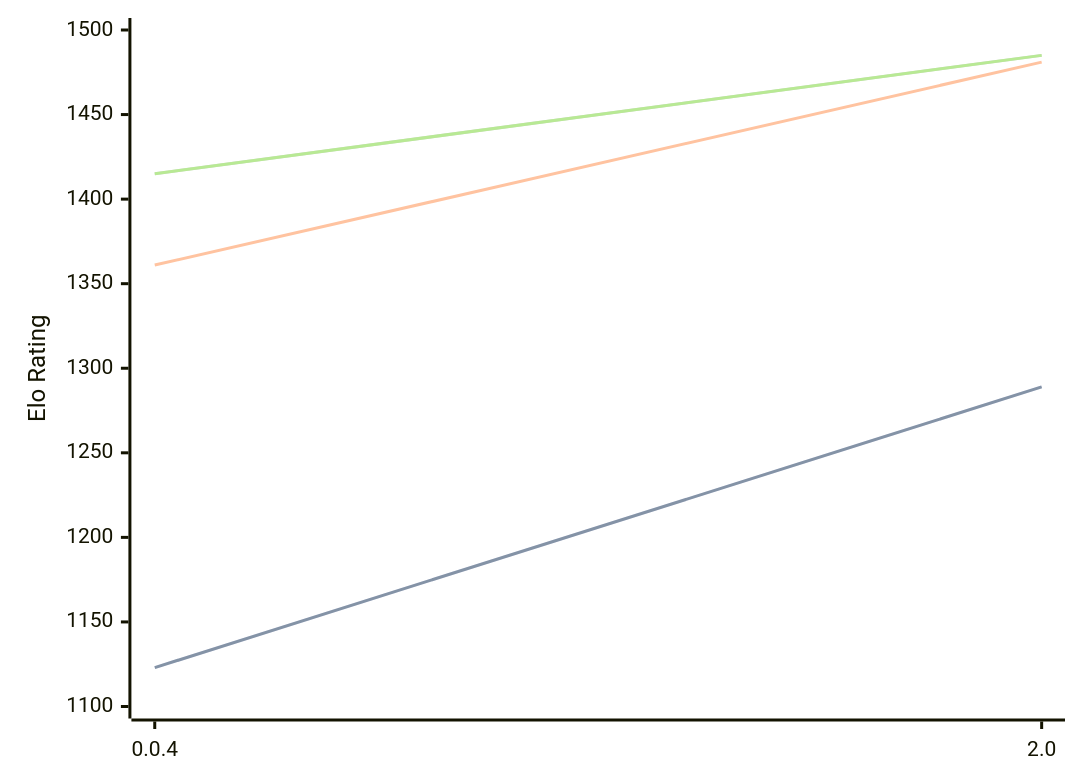
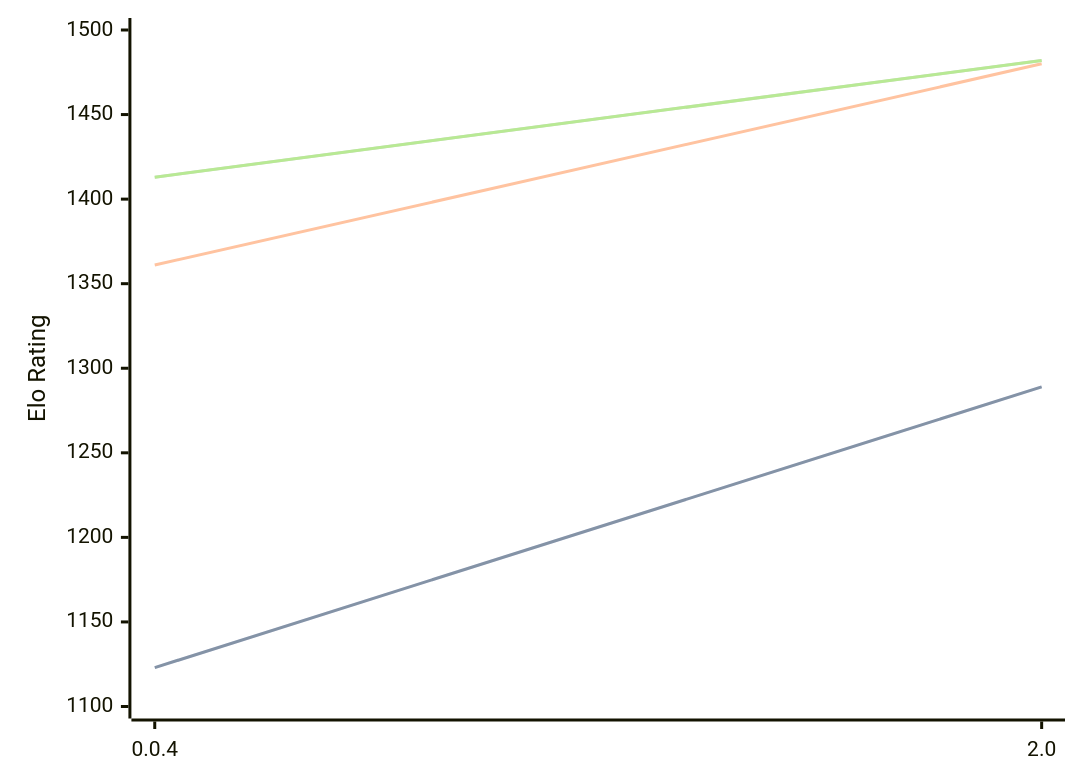
The diagram in engines/Oops!Mate.md (computer-chess-index/cci), drawn with Mermaid before and after one commit. The commit also changed other lines of this file, not shown here.

Commit message:
Update CCI Ratings (ELO VLTC) - 2026-04-27

````diff
--- a/engines/Oops!Mate.md
+++ b/engines/Oops!Mate.md
@@ -51,11 +51,11 @@
 ```mermaid
 %%{init: {"theme":"base","themeVariables":{"seriesColors:['#a3a3a3','#222221','#faa371']}}}%%
 xychart-beta
   x-axis ["0.0.4", "2.0"]
   y-axis "Elo Rating" 1100 --> 1500
   line "STC (8.0+0.08s)" [1123, 1289]
   line "STC (8.0+0.08s)" [1123, 1289]
-  line "LTC (60.0+0.60s)" [1361, 1481]
-  line "VLTC (2m24s+1.12s)" [1415, 1485]
-  line "VLTC (2m24s+1.12s)" [1415, 1485]
+  line "LTC (60.0+0.60s)" [1361, 1480]
+  line "VLTC (2m24s+1.12s)" [1413, 1482]
+  line "VLTC (2m24s+1.12s)" [1413, 1482]
 ```
````
